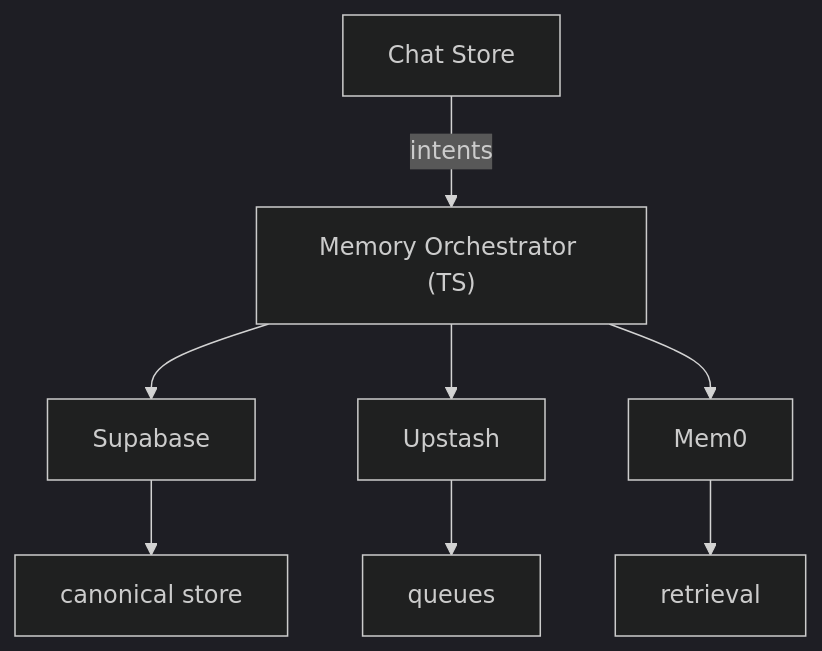
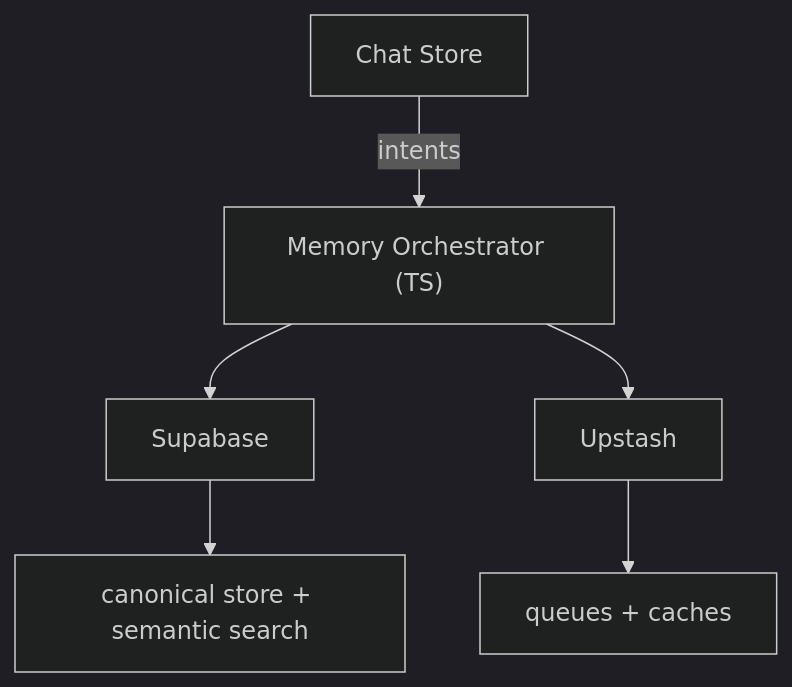
The diagram in docs/specs/archive/0026-spec-supabase-memory-orchestrator.md (BjornMelin/tripsage-ai), drawn with Mermaid (dark theme) before and after one commit. The commit also changed other lines of this file and 20 other files, not shown here.

````diff
--- a/docs/specs/archive/0026-spec-supabase-memory-orchestrator.md
+++ b/docs/specs/archive/0026-spec-supabase-memory-orchestrator.md
@@ -35,11 +39,9 @@
 ```mermaid
 flowchart TD
     A["Chat Store"] -->|intents| B["Memory Orchestrator (TS)"]
     B --> C["Supabase"]
     B --> D["Upstash"]
-    B --> E["Mem0"]
 
-    C --> F["canonical store"]
-    D --> G["queues"]
-    E --> H["retrieval"]
+    C --> E["canonical store + semantic search"]
+    D --> F["queues + caches"]
 ```
````
